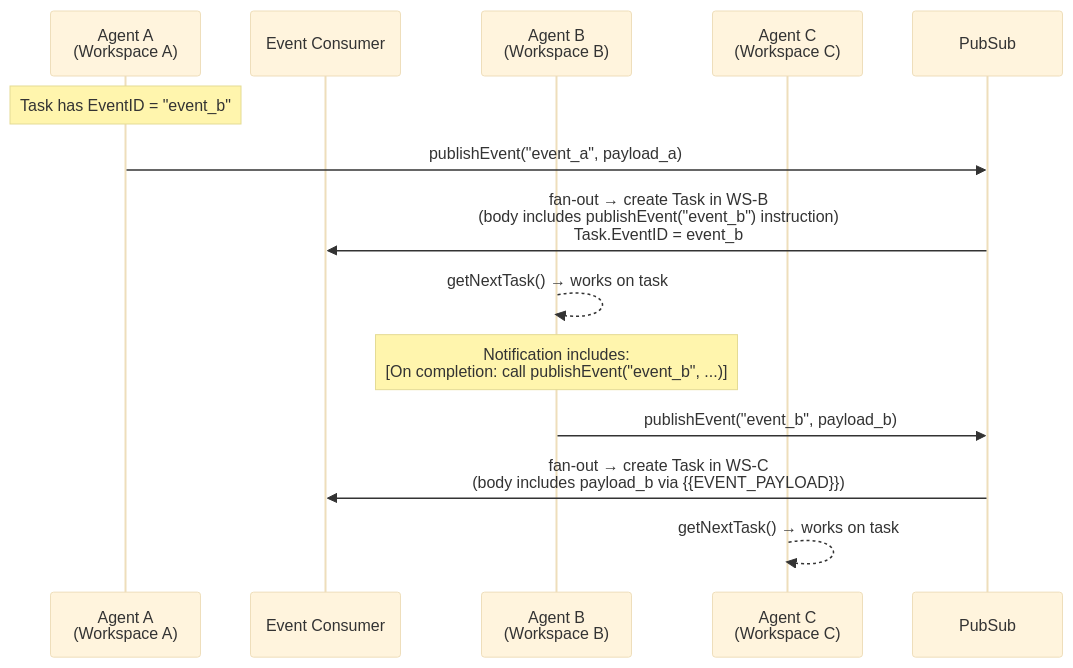
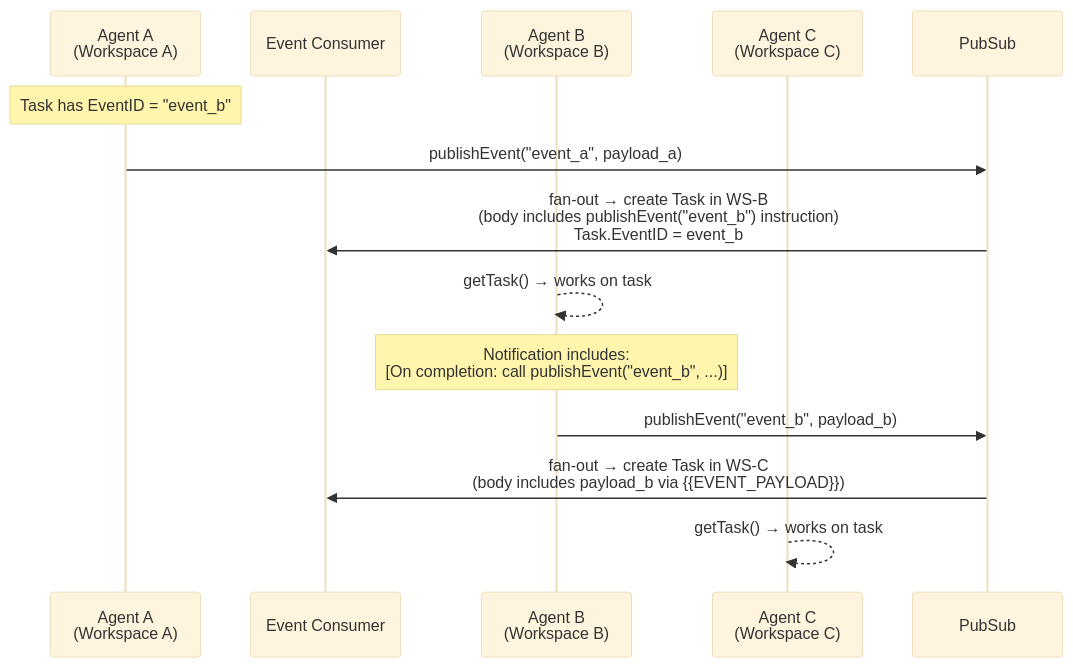
One commit to agentrq/agentrq changed the second of 2 diagrams in ARCHITECTURE.md. Above: the diagram before and after it, drawn with Mermaid (base theme). The commit also changed other lines of this file and 5 other files, not shown here.

First line of the commit message:
feat: merge getNextTask and getTaskMessages into a single getTask MCP tool

````diff
--- a/ARCHITECTURE.md
+++ b/ARCHITECTURE.md
@@ -344,19 +343,19 @@
 ```mermaid
 sequenceDiagram
     participant A as Agent A<br/>(Workspace A)
     participant EC as Event Consumer
     participant B as Agent B<br/>(Workspace B)
     participant C as Agent C<br/>(Workspace C)
     participant PS as PubSub
 
     Note over A: Task has EventID = "event_b"
     A->>PS: publishEvent("event_a", payload_a)
     PS->>EC: fan-out → create Task in WS-B<br/>(body includes publishEvent("event_b") instruction)<br/>Task.EventID = event_b
 
-    B-->>B: getNextTask() → works on task
+    B-->>B: getTask() → works on task
     Note over B: Notification includes:<br/>[On completion: call publishEvent("event_b", ...)]
     B->>PS: publishEvent("event_b", payload_b)
 
     PS->>EC: fan-out → create Task in WS-C<br/>(body includes payload_b via {{EVENT_PAYLOAD}})
-    C-->>C: getNextTask() → works on task
+    C-->>C: getTask() → works on task
 ```
````
